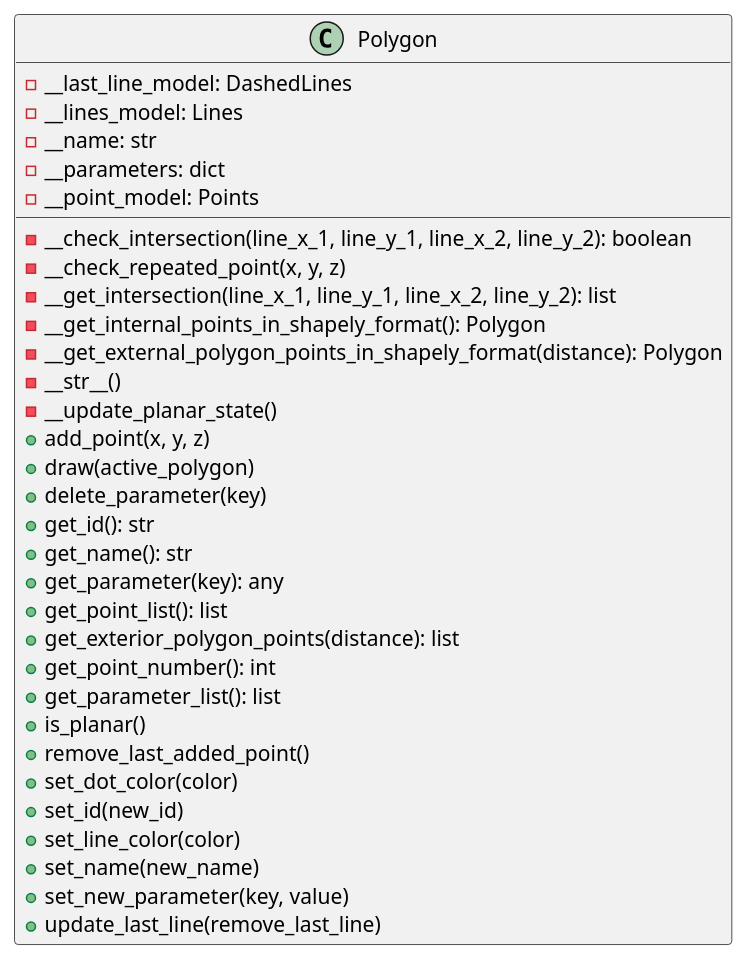
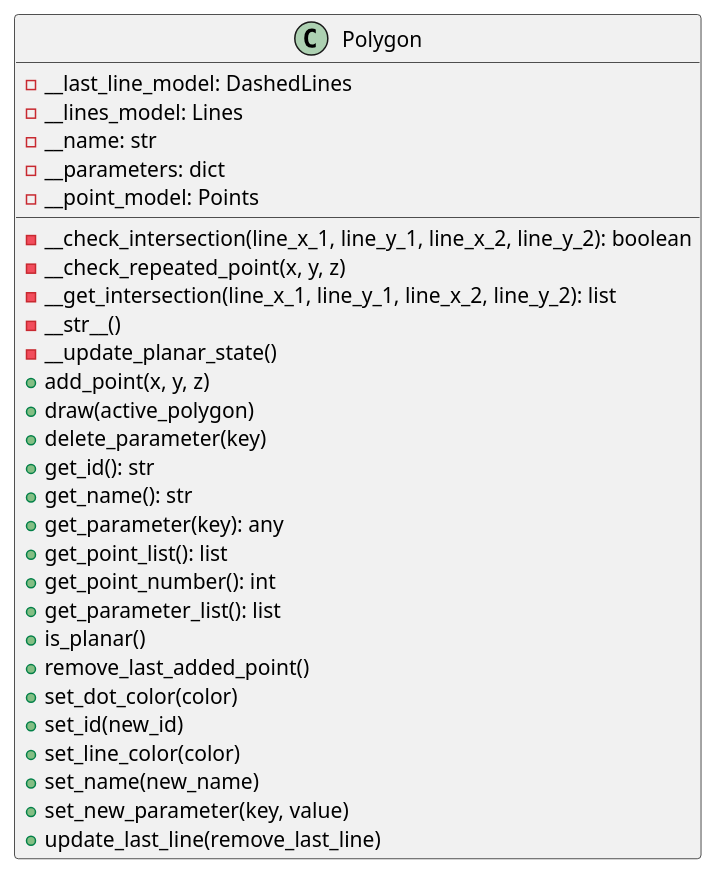
Before and after one commit to ferpoble2/Relief_Creator: the diagram in docs/classes/Polygon.puml, drawn with PlantUML. The commit also changed 36 other files, not shown here.

```diff
--- a/docs/classes/Polygon.puml
+++ b/docs/classes/Polygon.puml
@@ -1,37 +1,34 @@
 @startuml
                 class Polygon {
                     - __last_line_model: DashedLines
                     - __lines_model: Lines
                     - __name: str
                     - __parameters: dict
                     - __point_model: Points
 
 
                     - __check_intersection(line_x_1, line_y_1, line_x_2, line_y_2): boolean
                     - __check_repeated_point(x, y, z)
                     - __get_intersection(line_x_1, line_y_1, line_x_2, line_y_2): list
-                    - __get_internal_points_in_shapely_format(): Polygon
-                    - __get_external_polygon_points_in_shapely_format(distance): Polygon
                     - __str__()
                     - __update_planar_state()
                     + add_point(x, y, z)
                     + draw(active_polygon)
                     + delete_parameter(key)
                     + get_id(): str
                     + get_name(): str
                     + get_parameter(key): any
                     + get_point_list(): list
-                    + get_exterior_polygon_points(distance): list
                     + get_point_number(): int
                     + get_parameter_list(): list
                     + is_planar()
                     + remove_last_added_point()
                     + set_dot_color(color)
                     + set_id(new_id)
                     + set_line_color(color)
                     + set_name(new_name)
                     + set_new_parameter(key, value)
                     + update_last_line(remove_last_line)
                 }
 
 @enduml
```
